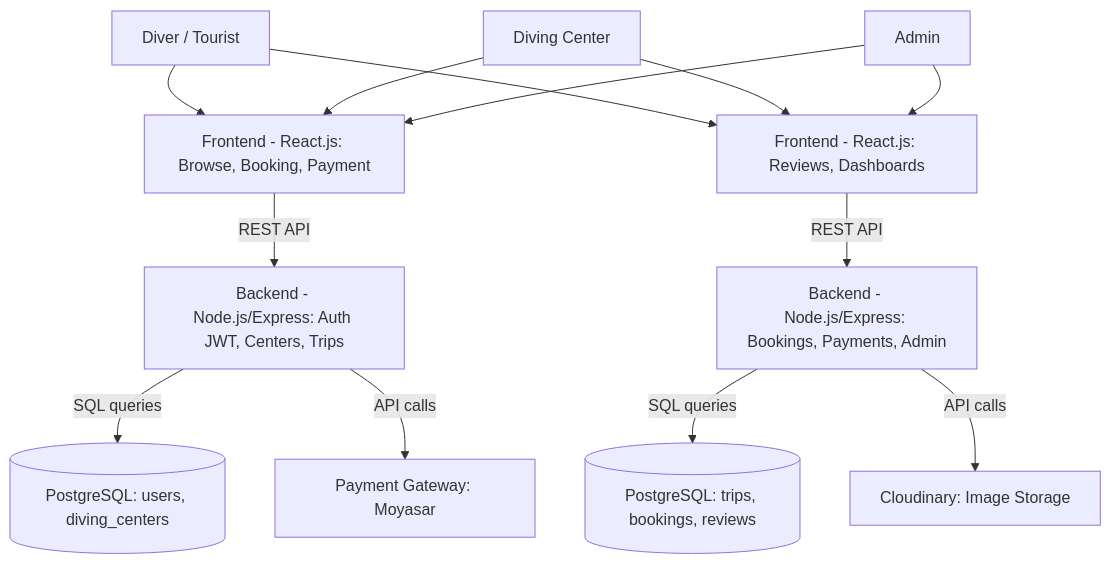
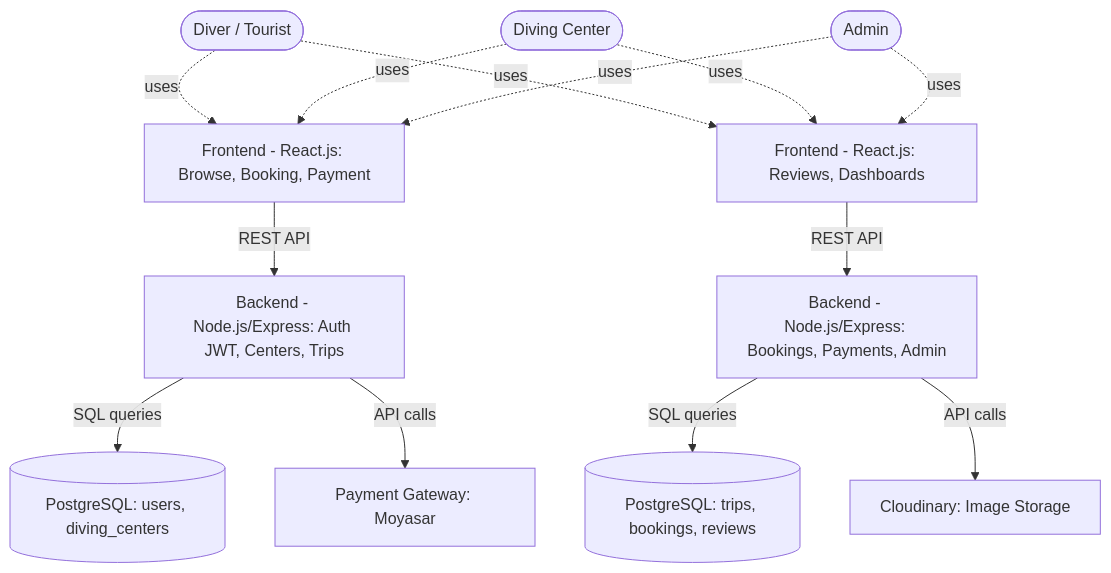
One commit to laradreamer79/Portfolio-Project changed the first of 6 diagrams in stage3/README.md. Above: the diagram before and after it, drawn with Mermaid. The commit also changed other lines of this file, not shown here.

Commit message:
Visually distinguish user roles from system components in architecture diagram using stadium shapes and dotted usage arrows

````diff
--- a/stage3/README.md
+++ b/stage3/README.md
@@ -81,30 +81,32 @@
 ```mermaid
 flowchart TB
-    actor1[Diver / Tourist]
-    actor2[Diving Center]
-    actor3[Admin]
+    %% External users — not part of the system itself
+    actor1([Diver / Tourist])
+    actor2([Diving Center])
+    actor3([Admin])
+
     F1[Frontend - React.js: Browse, Booking, Payment]
     F2[Frontend - React.js: Reviews, Dashboards]
     B1[Backend - Node.js/Express: Auth JWT, Centers, Trips]
     B2[Backend - Node.js/Express: Bookings, Payments, Admin]
     D1[(PostgreSQL: users, diving_centers)]
     D2[(PostgreSQL: trips, bookings, reviews)]
     E1[Payment Gateway: Moyasar]
     E2[Cloudinary: Image Storage]
 
-    actor1 --> F1
-    actor1 --> F2
-    actor2 --> F1
-    actor2 --> F2
-    actor3 --> F1
-    actor3 --> F2
+    actor1 -.->|uses| F1
+    actor1 -.->|uses| F2
+    actor2 -.->|uses| F1
+    actor2 -.->|uses| F2
+    actor3 -.->|uses| F1
+    actor3 -.->|uses| F2
 
     F1 -->|REST API| B1
     F2 -->|REST API| B2
 
     B1 -->|SQL queries| D1
     B2 -->|SQL queries| D2
 
     B1 -->|API calls| E1
     B2 -->|API calls| E2
 ```
````
